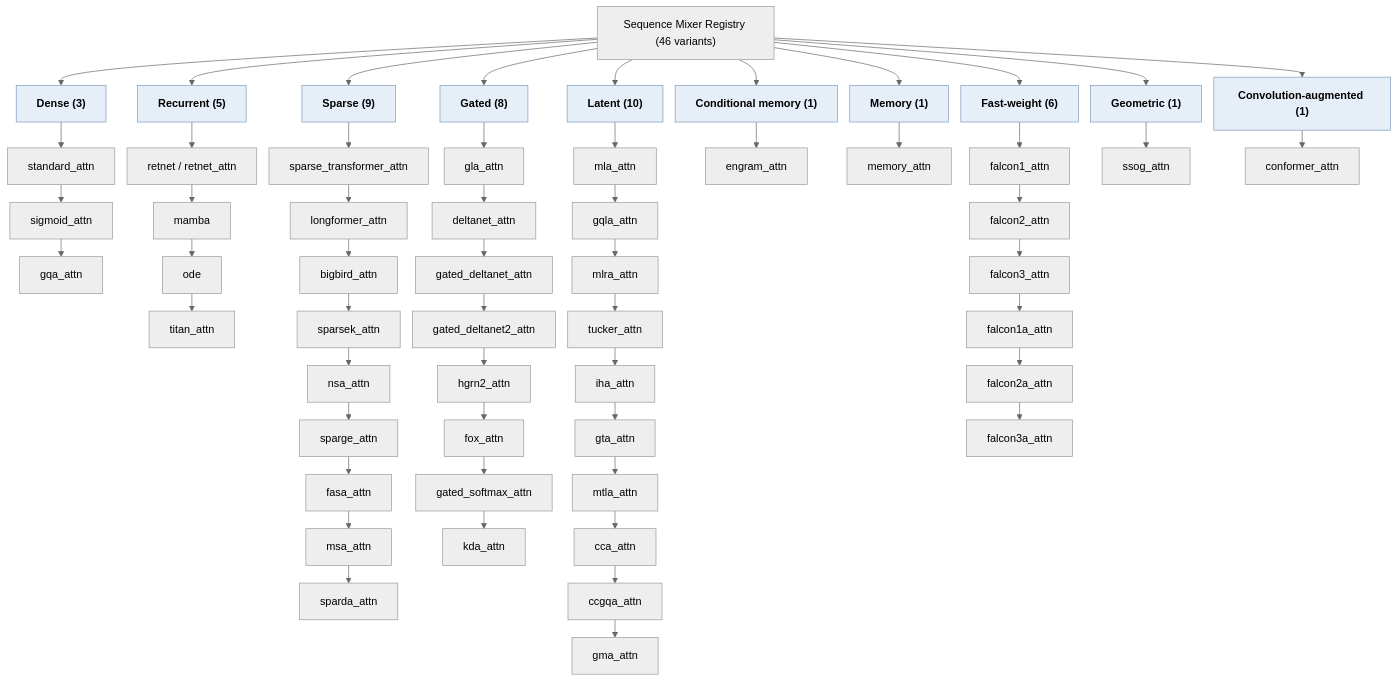
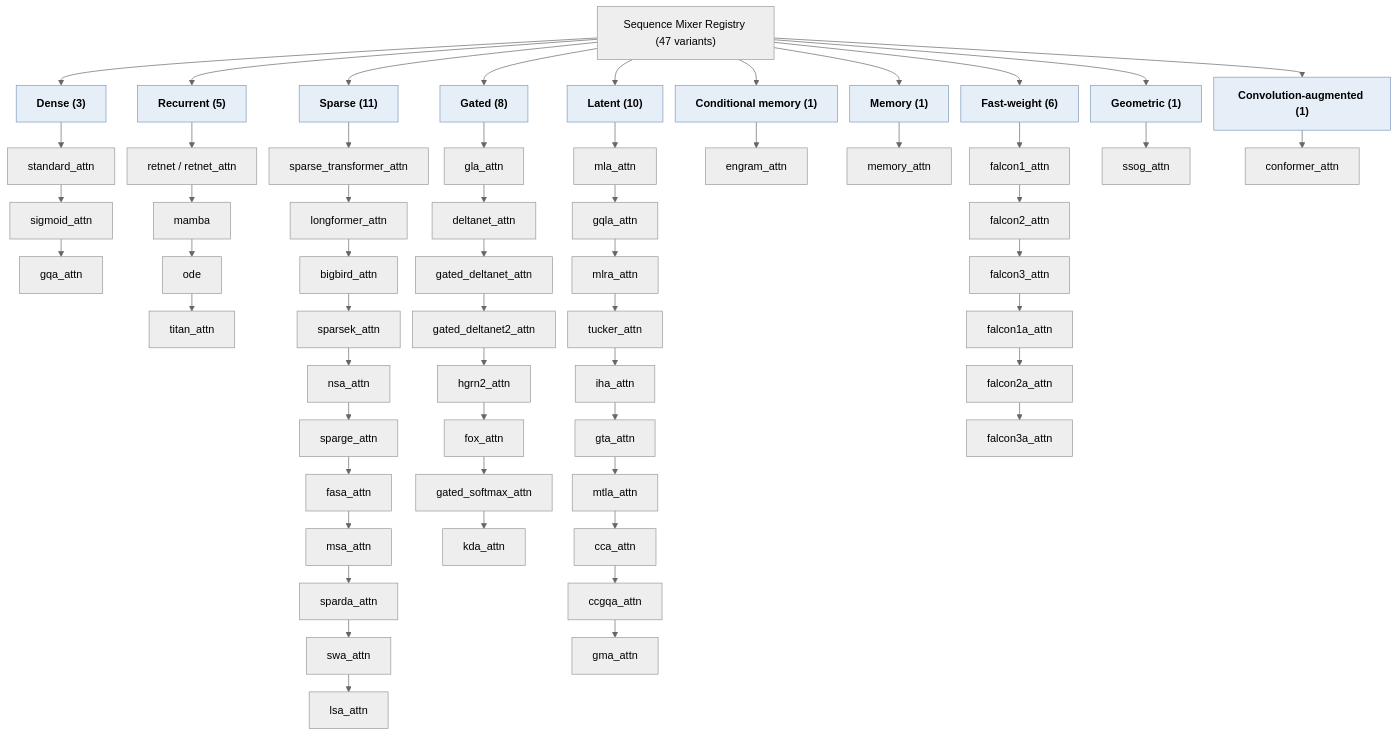
Before and after one commit to erickfmm/erickfmm.github.io: the diagram in frankenstein-transformer/paper/figures/mixer-taxonomy.mmd, drawn with Mermaid. The commit also changed 43 other files, not shown here.

First line of the commit message:
docs(site): sync LSA mixer (arXiv:2610.42147)

```diff
--- a/frankenstein-transformer/paper/figures/mixer-taxonomy.mmd
+++ b/frankenstein-transformer/paper/figures/mixer-taxonomy.mmd
@@ -1,37 +1,37 @@
 %%{init: {"theme":"neutral","flowchart":{"curve":"basis","nodeSpacing":18,"rankSpacing":26}}}%%
 flowchart TD
-  root["Sequence Mixer Registry (46 variants)"]
+  root["Sequence Mixer Registry (47 variants)"]
 
   d["Dense (3)"] --> d1["standard_attn"] --> d2["sigmoid_attn"] --> d3["gqa_attn"]
 
   r["Recurrent (5)"] --> r1["retnet / retnet_attn"] --> r2["mamba"] --> r3["ode"] --> r4["titan_attn"]
 
-  s["Sparse (9)"] --> s1["sparse_transformer_attn"] --> s2["longformer_attn"] --> s3["bigbird_attn"] --> s4["sparsek_attn"] --> s5["nsa_attn"] --> s6["sparge_attn"] --> s7["fasa_attn"] --> s8["msa_attn"] --> s9["sparda_attn"]
+  s["Sparse (11)"] --> s1["sparse_transformer_attn"] --> s2["longformer_attn"] --> s3["bigbird_attn"] --> s4["sparsek_attn"] --> s5["nsa_attn"] --> s6["sparge_attn"] --> s7["fasa_attn"] --> s8["msa_attn"] --> s9["sparda_attn"] --> s10["swa_attn"] --> s11["lsa_attn"]
 
   g["Gated (8)"] --> g1["gla_attn"] --> g2["deltanet_attn"] --> g3["gated_deltanet_attn"] --> g4["gated_deltanet2_attn"] --> g5["hgrn2_attn"] --> g6["fox_attn"] --> g7["gated_softmax_attn"] --> g8["kda_attn"]
 
   l["Latent (10)"] --> l1["mla_attn"] --> l2["gqla_attn"] --> l3["mlra_attn"] --> l4["tucker_attn"] --> l5["iha_attn"] --> l6["gta_attn"] --> l7["mtla_attn"] --> l8["cca_attn"] --> l9["ccgqa_attn"] --> l10["gma_attn"]
 
   m["Conditional memory (1)"] --> m1["engram_attn"]
 
   mm["Memory (1)"] --> mm1["memory_attn"]
 
   f["Fast-weight (6)"] --> f1["falcon1_attn"] --> f2["falcon2_attn"] --> f3["falcon3_attn"] --> f4["falcon1a_attn"] --> f5["falcon2a_attn"] --> f6["falcon3a_attn"]
 
   x["Geometric (1)"] --> x1["ssog_attn"]
 
   c["Convolution-augmented (1)"] --> c1["conformer_attn"]
 
   root --> d
   root --> r
   root --> s
   root --> g
   root --> l
   root --> m
   root --> mm
   root --> f
   root --> x
   root --> c
 
   classDef category fill:#e6eef7,stroke:#7f9bbf,font-weight:bold
   class d,r,s,g,l,m,mm,f,x,c category
```
